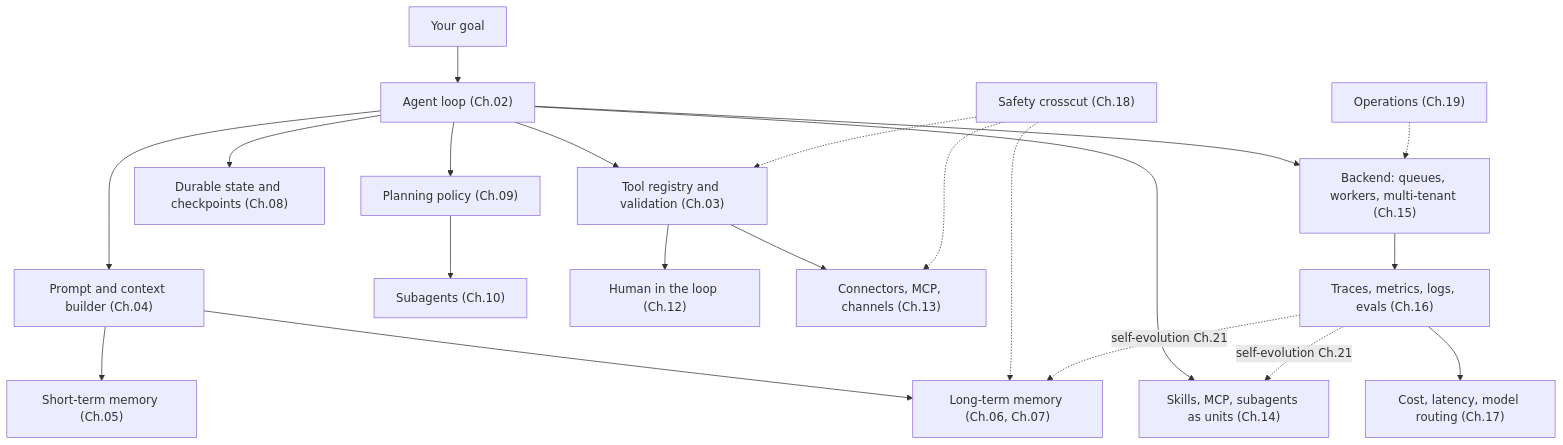
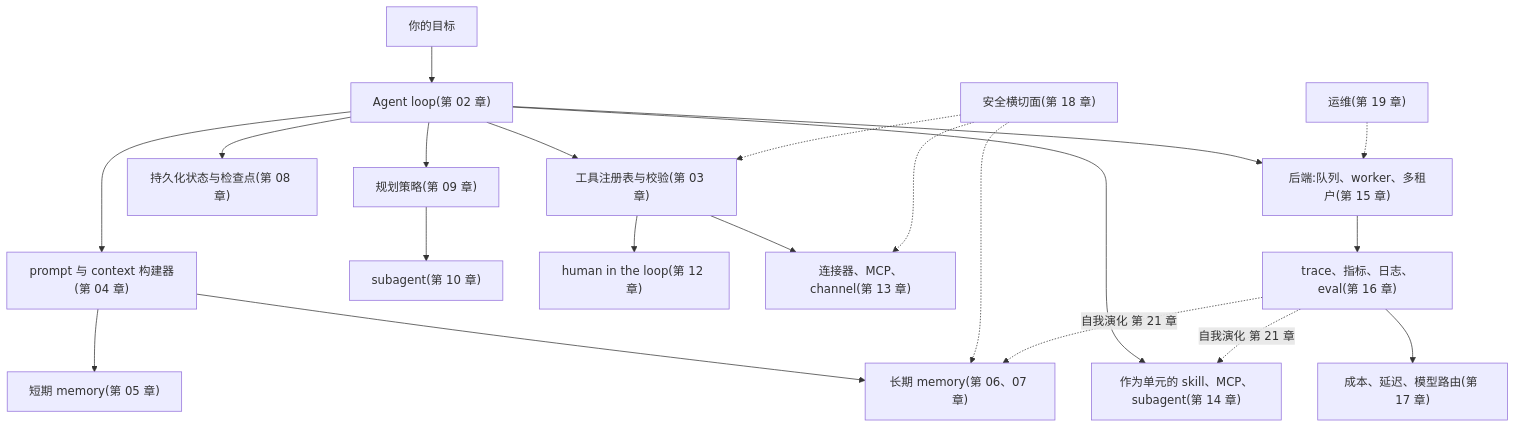
One commit to ocxers/agentic-ai-system-course-zh changed the diagram in course-zh/22-designing-your-own-agent.md. Above: the diagram before and after it, drawn with Mermaid. The commit also changed 14 other files, not shown here.

````diff
--- a/course-zh/22-designing-your-own-agent.md
+++ b/course-zh/22-designing-your-own-agent.md
@@ -15,23 +15,23 @@
 ```mermaid
 flowchart TD
-    Goal["Your goal"] --> Loop["Agent loop (Ch.02)"]
-    Loop --> Tools["Tool registry and validation (Ch.03)"]
-    Loop --> Context["Prompt and context builder (Ch.04)"]
-    Context --> STM["Short-term memory (Ch.05)"]
-    Context --> LTM["Long-term memory (Ch.06, Ch.07)"]
-    Loop --> State["Durable state and checkpoints (Ch.08)"]
-    Loop --> Plan["Planning policy (Ch.09)"]
-    Plan --> Delegation["Subagents (Ch.10)"]
-    Loop --> Ext["Skills, MCP, subagents as units (Ch.14)"]
-    Tools --> Approval["Human in the loop (Ch.12)"]
-    Tools --> Connectors["Connectors, MCP, channels (Ch.13)"]
-    Loop --> Backend["Backend: queues, workers, multi-tenant (Ch.15)"]
-    Backend --> Obs["Traces, metrics, logs, evals (Ch.16)"]
-    Obs --> Routing["Cost, latency, model routing (Ch.17)"]
-    Safety["Safety crosscut (Ch.18)"] -.-> Tools
+    Goal["你的目标"] --> Loop["Agent loop(第 02 章)"]
+    Loop --> Tools["工具注册表与校验(第 03 章)"]
+    Loop --> Context["prompt 与 context 构建器(第 04 章)"]
+    Context --> STM["短期 memory(第 05 章)"]
+    Context --> LTM["长期 memory(第 06、07 章)"]
+    Loop --> State["持久化状态与检查点(第 08 章)"]
+    Loop --> Plan["规划策略(第 09 章)"]
+    Plan --> Delegation["subagent(第 10 章)"]
+    Loop --> Ext["作为单元的 skill、MCP、subagent(第 14 章)"]
+    Tools --> Approval["human in the loop(第 12 章)"]
+    Tools --> Connectors["连接器、MCP、channel(第 13 章)"]
+    Loop --> Backend["后端:队列、worker、多租户(第 15 章)"]
+    Backend --> Obs["trace、指标、日志、eval(第 16 章)"]
+    Obs --> Routing["成本、延迟、模型路由(第 17 章)"]
+    Safety["安全横切面(第 18 章)"] -.-> Tools
     Safety -.-> LTM
     Safety -.-> Connectors
-    Obs -.->|self-evolution Ch.21| LTM
-    Obs -.->|self-evolution Ch.21| Ext
-    Ops["Operations (Ch.19)"] -.-> Backend
+    Obs -.->|自我演化 第 21 章| LTM
+    Obs -.->|自我演化 第 21 章| Ext
+    Ops["运维(第 19 章)"] -.-> Backend
 ```
````
